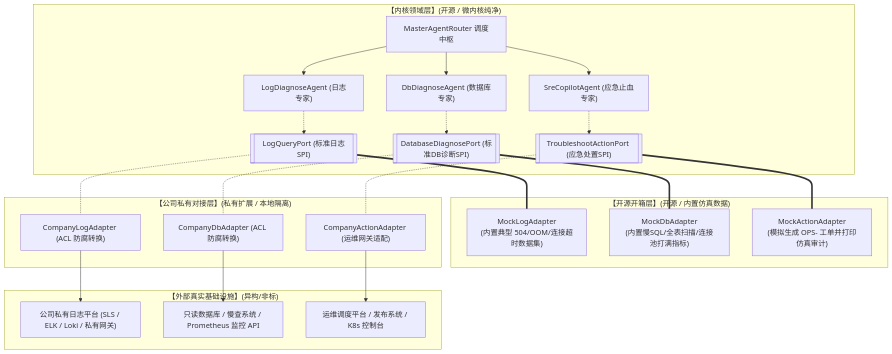
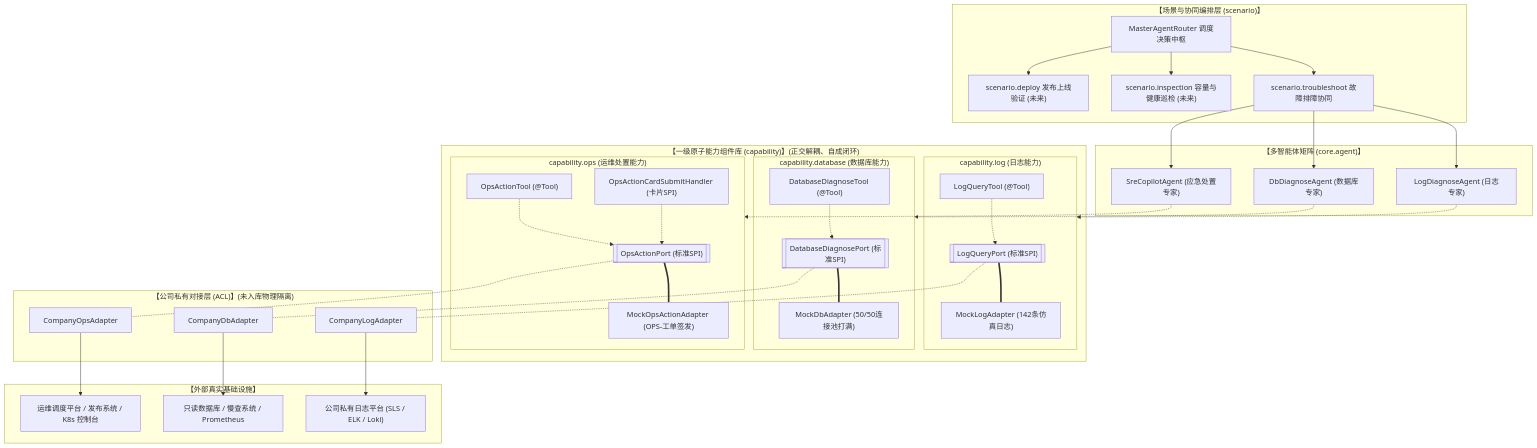
One commit to 1264585648/spring-ai-agentflow changed the first of 2 diagrams in docs/08-智能运维排障架构与详细设计说明书.md. Above: the diagram before and after it, drawn with Mermaid. The commit also changed other lines of this file and 3 other files, not shown here.

````diff
--- a/docs/08-智能运维排障架构与详细设计说明书.md
+++ b/docs/08-智能运维排障架构与详细设计说明书.md
@@ -14,49 +14,69 @@
 ```mermaid
 flowchart TD
-    subgraph CoreLayer ["【内核领域层】(开源 / 微内核纯净)"]
-        Router["MasterAgentRouter 调度中枢"]
+    subgraph ScenarioLayer ["【场景与协同编排层 (scenario)】"]
+        Router["MasterAgentRouter 调度决策中枢"]
+        TroubleshootScenario["scenario.troubleshoot 故障排障协同"]
+        InspectScenario["scenario.inspection 容量与健康巡检 (未来)"]
+        DeployScenario["scenario.deploy 发布上线验证 (未来)"]
+        
+        Router --> TroubleshootScenario & InspectScenario & DeployScenario
+    end
+
+    subgraph AgentLayer ["【多智能体矩阵 (core.agent)】"]
         LogAgent["LogDiagnoseAgent (日志专家)"]
         DbAgent["DbDiagnoseAgent (数据库专家)"]
-        SreAgent["SreCopilotAgent (应急止血专家)"]
-        
-        Router --> LogAgent & DbAgent & SreAgent
-        
-        LogPort[["LogQueryPort (标准日志SPI)"]]
-        DbPort[["DatabaseDiagnosePort (标准DB诊断SPI)"]]
-        ActionPort[["TroubleshootActionPort (应急处置SPI)"]]
-        
-        LogAgent -.-> LogPort
-        DbAgent -.-> DbPort
-        SreAgent -.-> ActionPort
+        SreAgent["SreCopilotAgent (应急处置专家)"]
     end
 
-    subgraph MockLayer ["【开源开箱层】(开源 / 内置仿真数据)"]
-        MockLogAdapter["MockLogAdapter<br/>(内置典型 504/OOM/连接超时数据集)"]
-        MockDbAdapter["MockDbAdapter<br/>(内置慢SQL/全表扫描/连接池打满指标)"]
-        MockActionAdapter["MockActionAdapter<br/>(模拟生成 OPS- 工单并打印仿真审计)"]
-        
-        LogPort === MockLogAdapter
-        DbPort === MockDbAdapter
-        ActionPort === MockActionAdapter
+    subgraph CapabilityLayer ["【一级原子能力组件库 (capability)】(正交解耦、自成闭环)"]
+        subgraph LogCap ["capability.log (日志能力)"]
+            LogPort[["LogQueryPort (标准SPI)"]]
+            LogTool["LogQueryTool (@Tool)"]
+            MockLog["MockLogAdapter (142条仿真日志)"]
+            LogPort === MockLog
+            LogTool -.-> LogPort
+        end
+
+        subgraph DbCap ["capability.database (数据库能力)"]
+            DbPort[["DatabaseDiagnosePort (标准SPI)"]]
+            DbTool["DatabaseDiagnoseTool (@Tool)"]
+            MockDb["MockDbAdapter (50/50连接池打满)"]
+            DbPort === MockDb
+            DbTool -.-> DbPort
+        end
+
+        subgraph OpsCap ["capability.ops (运维处置能力)"]
+            ActionPort[["OpsActionPort (标准SPI)"]]
+            ActionTool["OpsActionTool (@Tool)"]
+            ActionCard["OpsActionCardSubmitHandler (卡片SPI)"]
+            MockAction["MockOpsActionAdapter (OPS-工单签发)"]
+            ActionPort === MockAction
+            ActionTool & ActionCard -.-> ActionPort
+        end
     end
 
-    subgraph InternalAclLayer ["【公司私有对接层】(私有扩展 / 本地隔离)"]
-        CompanyLogAdapter["CompanyLogAdapter (ACL 防腐转换)"]
-        CompanyDbAdapter["CompanyDbAdapter (ACL 防腐转换)"]
-        CompanyActionAdapter["CompanyActionAdapter (运维网关适配)"]
+    subgraph InternalAclLayer ["【公司私有对接层 (ACL)】(未入库物理隔离)"]
+        CompanyLog["CompanyLogAdapter"]
+        CompanyDb["CompanyDbAdapter"]
+        CompanyOps["CompanyOpsAdapter"]
         
-        LogPort -.- CompanyLogAdapter
-        DbPort -.- CompanyDbAdapter
-        ActionPort -.- CompanyActionAdapter
+        LogPort -.- CompanyLog
+        DbPort -.- CompanyDb
+        ActionPort -.- CompanyOps
     end
 
-    subgraph ExternalInfra ["【外部真实基础设施】(异构/非标)"]
-        RawLogService["公司私有日志平台 (SLS / ELK / Loki / 私有网关)"]
-        RawDbService["只读数据库 / 慢查系统 / Prometheus 监控 API"]
-        RawOpsGateway["运维调度平台 / 发布系统 / K8s 控制台"]
+    subgraph ExternalInfra ["【外部真实基础设施】"]
+        RawLog["公司私有日志平台 (SLS / ELK / Loki)"]
+        RawDb["只读数据库 / 慢查系统 / Prometheus"]
+        RawOps["运维调度平台 / 发布系统 / K8s 控制台"]
         
-        CompanyLogAdapter --> RawLogService
-        CompanyDbAdapter --> RawDbService
-        CompanyActionAdapter --> RawOpsGateway
+        CompanyLog --> RawLog
+        CompanyDb --> RawDb
+        CompanyOps --> RawOps
     end
+
+    TroubleshootScenario --> LogAgent & DbAgent & SreAgent
+    LogAgent -.-> LogCap
+    DbAgent -.-> DbCap
+    SreAgent -.-> OpsCap
 ```
````
